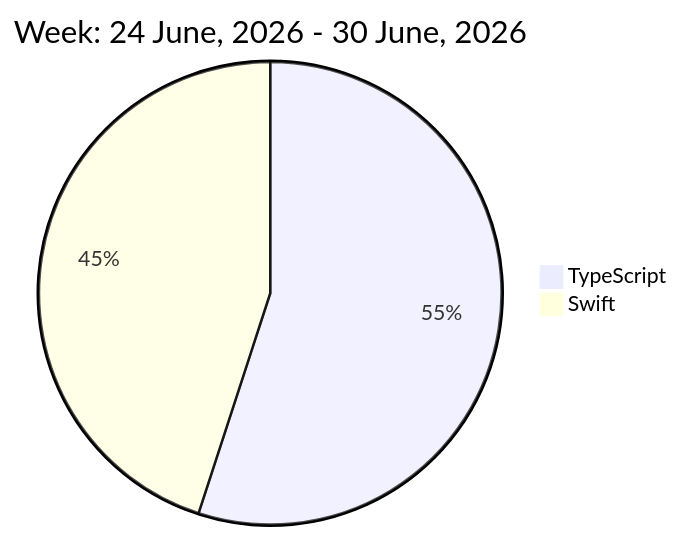
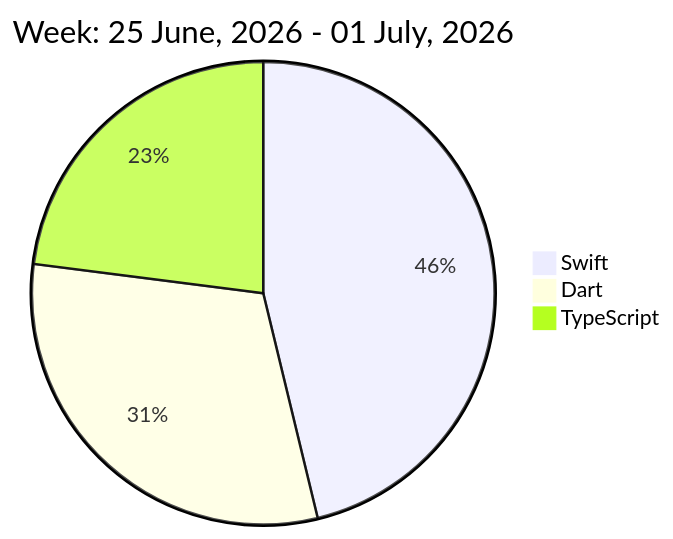
Before and after one commit to liubin95/liubin95: the diagram in README.md, drawn with Mermaid.

Commit message:
Updated the Graph with new Metrics

````diff
--- a/README.md
+++ b/README.md
@@ -32,6 +32,7 @@
 ```mermaid
  pie
-title Week: 24 June, 2026 - 30 June, 2026
- "TypeScript" : 6.2
- "Swift" : 5.07
+title Week: 25 June, 2026 - 01 July, 2026
+ "Swift" : 5.13
+ "Dart" : 3.42
+ "TypeScript" : 2.55
 ```
````
